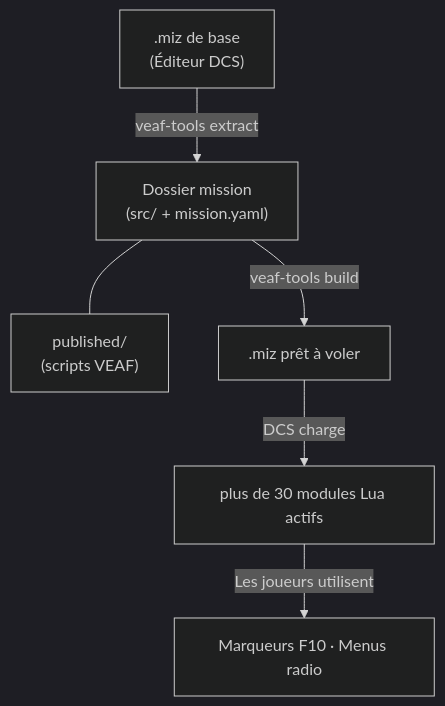
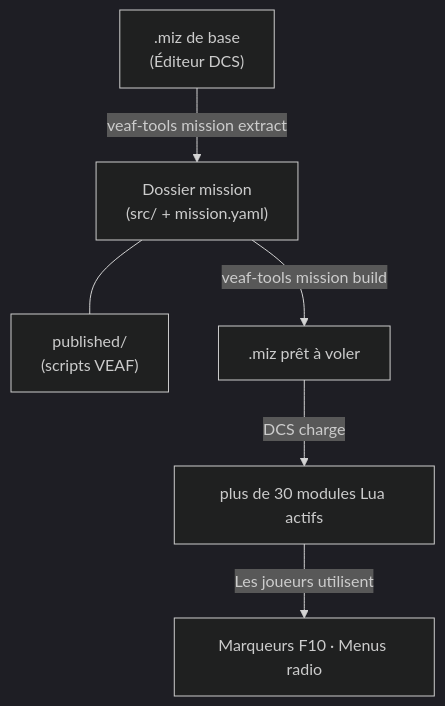
Before and after one commit to VEAF/VEAF-Mission-Creation-Tools: the diagram in doc/index.md, drawn with Mermaid (dark theme). The commit also changed other lines of this file and 59 other files, not shown here.

````diff
--- a/doc/index.md
+++ b/doc/index.md
@@ -21,8 +21,8 @@
 ```mermaid
 flowchart TD
-    A[".miz de base\n(Éditeur DCS)"] -->|veaf-tools extract| B["Dossier mission\n(src/ + mission.yaml)"]
+    A[".miz de base\n(Éditeur DCS)"] -->|veaf-tools mission extract| B["Dossier mission\n(src/ + mission.yaml)"]
     B --- C["published/\n(scripts VEAF)"]
-    B -->|veaf-tools build| D[".miz prêt à voler"]
+    B -->|veaf-tools mission build| D[".miz prêt à voler"]
     D -->|DCS charge| E["plus de 30 modules Lua actifs"]
     E -->|Les joueurs utilisent| F["Marqueurs F10 · Menus radio"]
 ```
````
